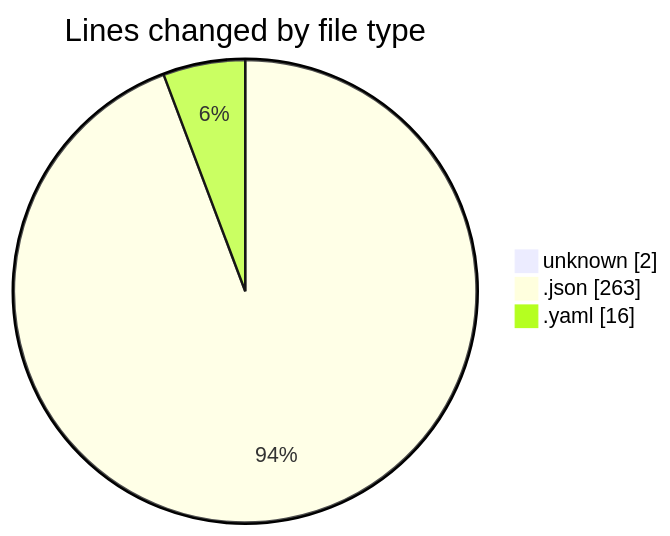
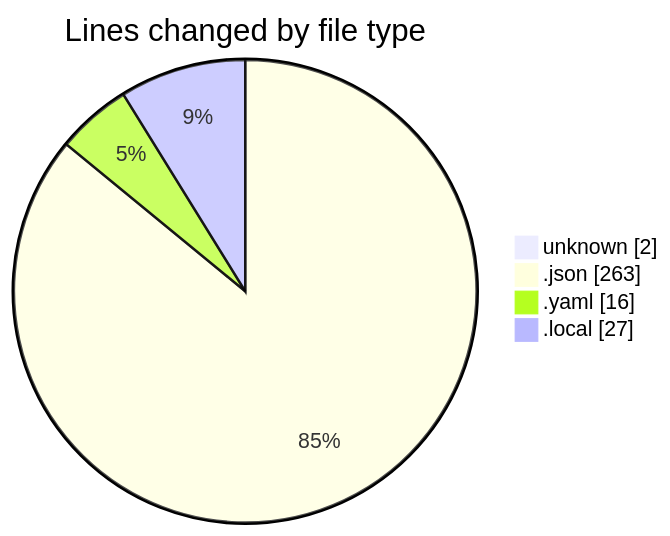
One commit to CELIANVF/code-tracking changed the first of 2 diagrams in 2025-06-12/ecodeli-1/README.md. Above: the diagram before and after it, drawn with Mermaid. The commit also changed other lines of this file and 1 other file, not shown here.

````diff
--- a/2025-06-12/ecodeli-1/README.md
+++ b/2025-06-12/ecodeli-1/README.md
@@ -23,7 +24,8 @@
 ```mermaid
 pie showData
 title Lines changed by file type
 "unknown" : 2
 ".json" : 263
 ".yaml" : 16
+".local" : 27
 ```
````
